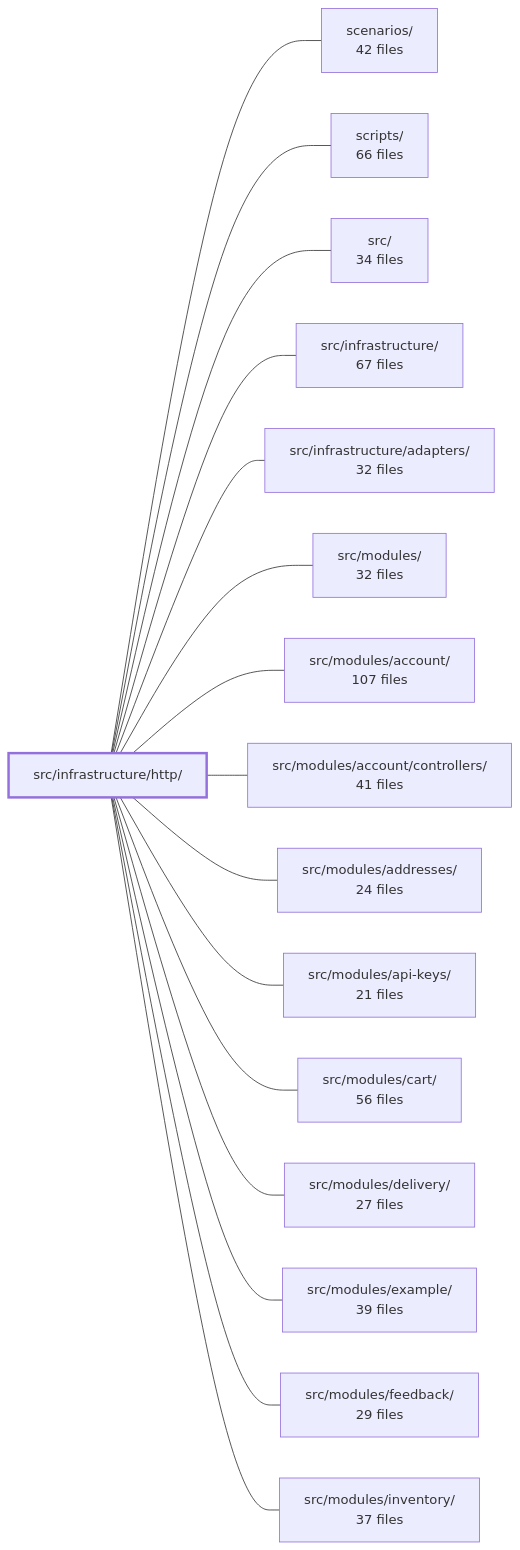
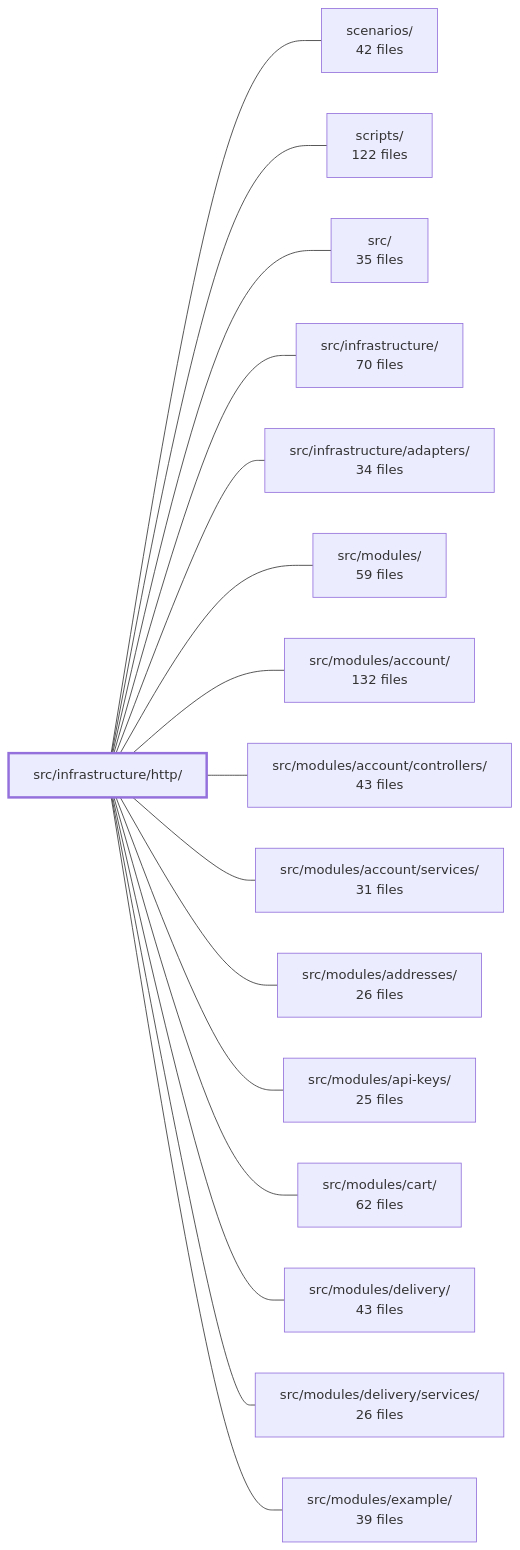
One commit to Guebbit/boilerplate-node-backend changed the diagram in .2brain/modules/boilerplate-node-backend_src_infrastructure_http.md. Above: the diagram before and after it, drawn with Mermaid. The commit also changed other lines of this file and 627 other files, not shown here.

````diff
--- a/.2brain/modules/boilerplate-node-backend_src_infrastructure_http.md
+++ b/.2brain/modules/boilerplate-node-backend_src_infrastructure_http.md
@@ -44,35 +42,35 @@
 ```mermaid
 flowchart LR
     m_src_infrastructure_http["src/infrastructure/http/"]
     m_scenarios["scenarios/<br/>42 files"]
-    m_scripts["scripts/<br/>66 files"]
-    m_src["src/<br/>34 files"]
-    m_src_infrastructure["src/infrastructure/<br/>67 files"]
-    m_src_infrastructure_adapters["src/infrastructure/adapters/<br/>32 files"]
-    m_src_modules["src/modules/<br/>32 files"]
-    m_src_modules_account["src/modules/account/<br/>107 files"]
-    m_src_modules_account_controllers["src/modules/account/controllers/<br/>41 files"]
-    m_src_modules_addresses["src/modules/addresses/<br/>24 files"]
-    m_src_modules_api_keys["src/modules/api-keys/<br/>21 files"]
-    m_src_modules_cart["src/modules/cart/<br/>56 files"]
-    m_src_modules_delivery["src/modules/delivery/<br/>27 files"]
+    m_scripts["scripts/<br/>122 files"]
+    m_src["src/<br/>35 files"]
+    m_src_infrastructure["src/infrastructure/<br/>70 files"]
+    m_src_infrastructure_adapters["src/infrastructure/adapters/<br/>34 files"]
+    m_src_modules["src/modules/<br/>59 files"]
+    m_src_modules_account["src/modules/account/<br/>132 files"]
+    m_src_modules_account_controllers["src/modules/account/controllers/<br/>43 files"]
+    m_src_modules_account_services["src/modules/account/services/<br/>31 files"]
+    m_src_modules_addresses["src/modules/addresses/<br/>26 files"]
+    m_src_modules_api_keys["src/modules/api-keys/<br/>25 files"]
+    m_src_modules_cart["src/modules/cart/<br/>62 files"]
+    m_src_modules_delivery["src/modules/delivery/<br/>43 files"]
+    m_src_modules_delivery_services["src/modules/delivery/services/<br/>26 files"]
     m_src_modules_example["src/modules/example/<br/>39 files"]
-    m_src_modules_feedback["src/modules/feedback/<br/>29 files"]
-    m_src_modules_inventory["src/modules/inventory/<br/>37 files"]
     m_src_infrastructure_http --- m_scenarios
     m_src_infrastructure_http --- m_scripts
     m_src_infrastructure_http --- m_src
     m_src_infrastructure_http --- m_src_infrastructure
     m_src_infrastructure_http --- m_src_infrastructure_adapters
     m_src_infrastructure_http --- m_src_modules
     m_src_infrastructure_http --- m_src_modules_account
     m_src_infrastructure_http --- m_src_modules_account_controllers
+    m_src_infrastructure_http --- m_src_modules_account_services
     m_src_infrastructure_http --- m_src_modules_addresses
     m_src_infrastructure_http --- m_src_modules_api_keys
     m_src_infrastructure_http --- m_src_modules_cart
     m_src_infrastructure_http --- m_src_modules_delivery
+    m_src_infrastructure_http --- m_src_modules_delivery_services
     m_src_infrastructure_http --- m_src_modules_example
-    m_src_infrastructure_http --- m_src_modules_feedback
-    m_src_infrastructure_http --- m_src_modules_inventory
     style m_src_infrastructure_http stroke-width:3px
 ```
````
